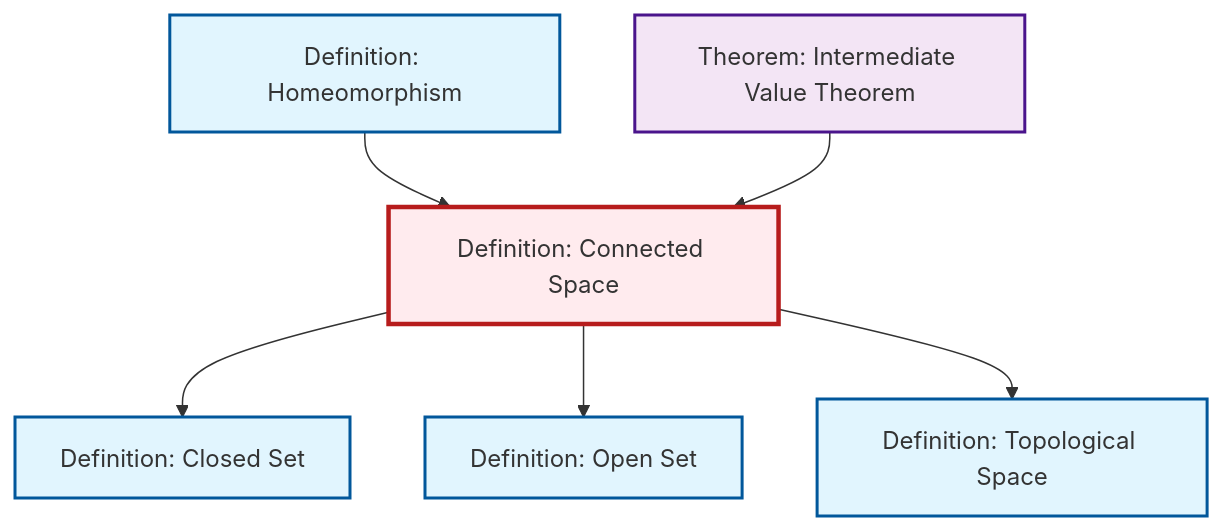
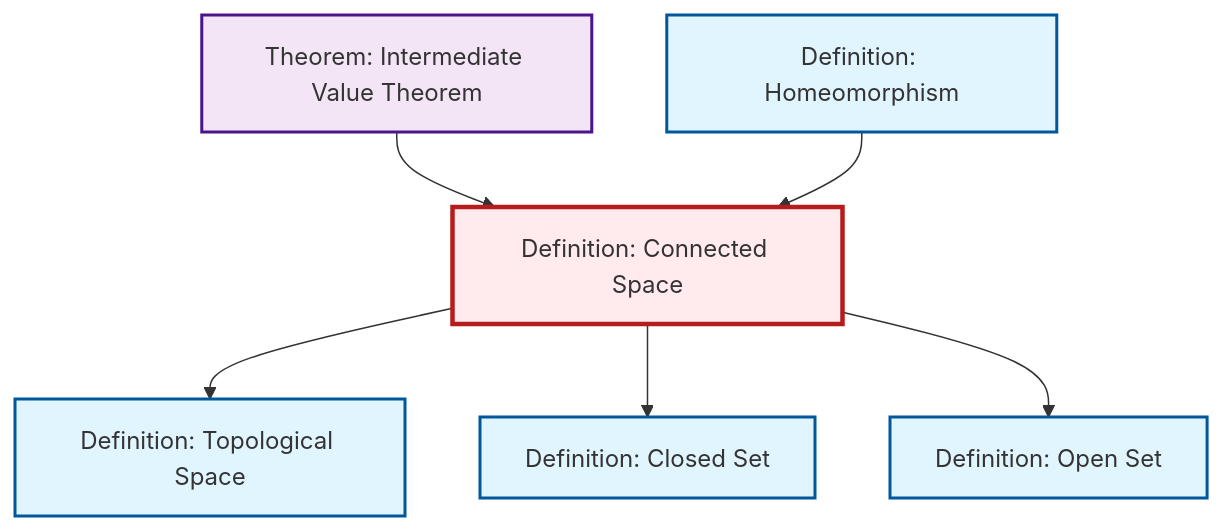
Before and after one commit to RK0429/ModernMath: the diagram in content/ja/topology/def-connected.qmd, drawn with Mermaid. The commit also changed other lines of this file and 14 other files, not shown here.

````diff
--- a/content/ja/topology/def-connected.qmd
+++ b/content/ja/topology/def-connected.qmd
@@ -50,26 +54,26 @@
 ```{mermaid}
 %%| fig-cap: "Local dependency graph"
 graph TD
     classDef definition fill:#e1f5fe,stroke:#01579b,stroke-width:2px
     classDef theorem fill:#f3e5f5,stroke:#4a148c,stroke-width:2px
     classDef axiom fill:#fff3e0,stroke:#e65100,stroke-width:2px
     classDef example fill:#e8f5e9,stroke:#1b5e20,stroke-width:2px
     classDef current fill:#ffebee,stroke:#b71c1c,stroke-width:3px
+    def-connected["Definition: Connected Space"]:::definition
+    def-open-set["Definition: Open Set"]:::definition
+    thm-intermediate-value["Theorem: Intermediate Value Theorem"]:::theorem
+    def-closed-set["Definition: Closed Set"]:::definition
     def-homeomorphism["Definition: Homeomorphism"]:::definition
     def-topological-space["Definition: Topological Space"]:::definition
-    def-closed-set["Definition: Closed Set"]:::definition
-    thm-intermediate-value["Theorem: Intermediate Value Theorem"]:::theorem
-    def-open-set["Definition: Open Set"]:::definition
-    def-connected["Definition: Connected Space"]:::definition
-    def-homeomorphism --> def-connected
-    def-connected --> def-closed-set
-    def-connected --> def-open-set
     thm-intermediate-value --> def-connected
     def-connected --> def-topological-space
+    def-connected --> def-closed-set
+    def-homeomorphism --> def-connected
+    def-connected --> def-open-set
     class def-connected current
+    click def-open-set "def-open-set.html" "Definition: Open Setへ"
+    click thm-intermediate-value "thm-intermediate-value.html" "Theorem: Intermediate Value Theoremへ"
+    click def-closed-set "def-closed-set.html" "Definition: Closed Setへ"
     click def-homeomorphism "def-homeomorphism.html" "Definition: Homeomorphismへ"
     click def-topological-space "def-topological-space.html" "Definition: Topological Spaceへ"
-    click def-closed-set "def-closed-set.html" "Definition: Closed Setへ"
-    click thm-intermediate-value "thm-intermediate-value.html" "Theorem: Intermediate Value Theoremへ"
-    click def-open-set "def-open-set.html" "Definition: Open Setへ"
 ```
````
